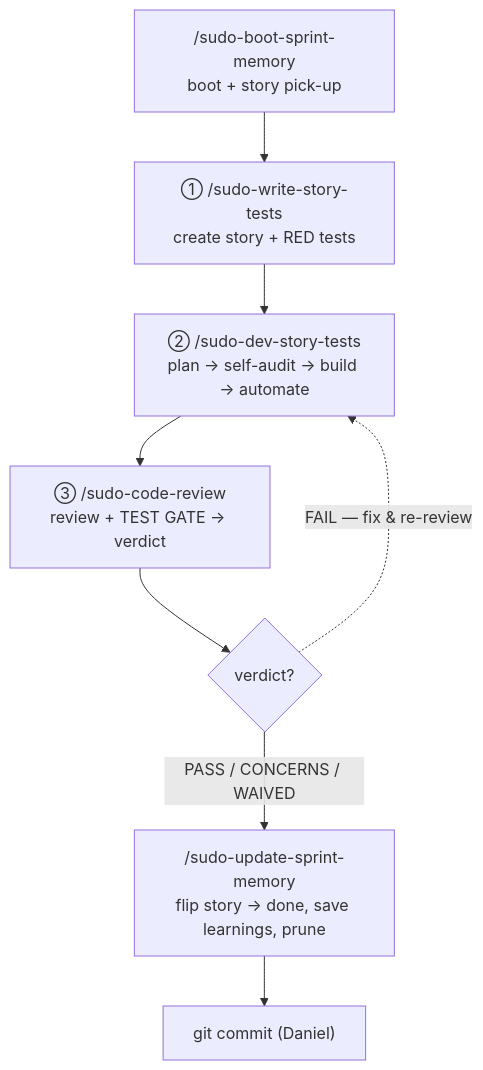
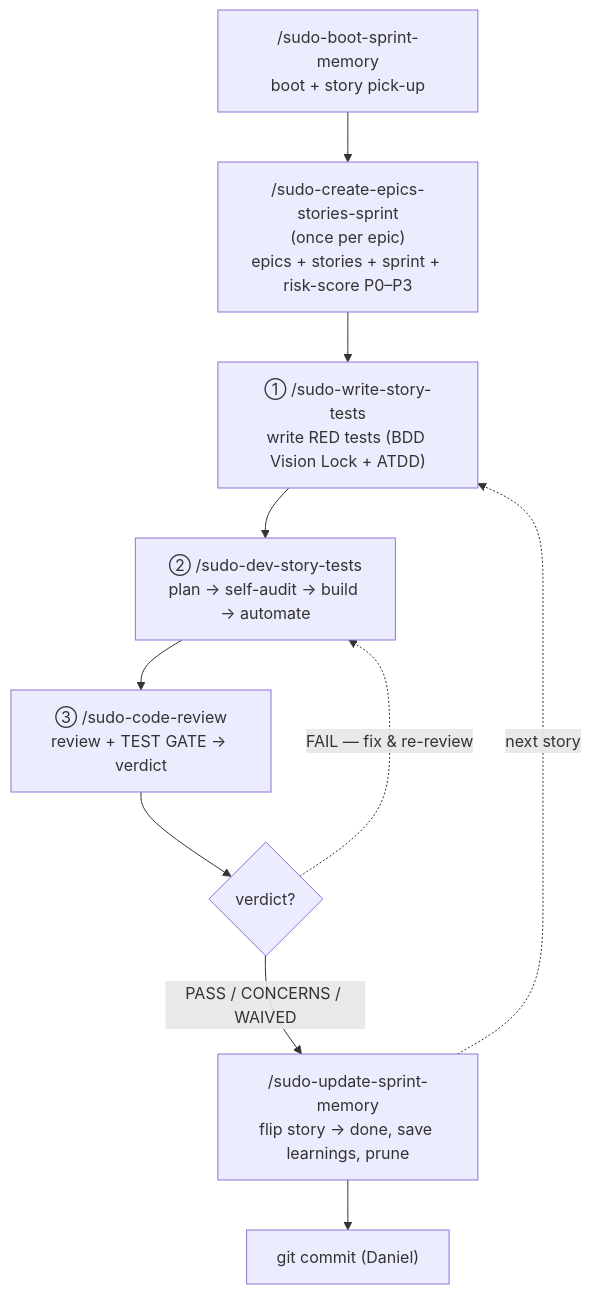
One commit to sudomadhatter/Sudo_Hatter_Command changed the second of 3 diagrams in _my_resources/diagrams_guides/tea_testing/tea_testing_work_flows_sudo.md. Above: the diagram before and after it, drawn with Mermaid. The commit also changed other lines of this file and 19 other files, not shown here.

Commit message:
feat: initialize Epic 16 incident response documentation and establish project-wide BDD/ATDD testing scaffolds

````diff
--- a/_my_resources/diagrams_guides/tea_testing/tea_testing_work_flows_sudo.md
+++ b/_my_resources/diagrams_guides/tea_testing/tea_testing_work_flows_sudo.md
@@ -402,10 +419,12 @@
 ```mermaid
 flowchart TD
-    BOOT["/sudo-boot-sprint-memory<br/>boot + story pick-up"] --> W["① /sudo-write-story-tests<br/>create story + RED tests"]
+    BOOT["/sudo-boot-sprint-memory<br/>boot + story pick-up"] --> KICK["/sudo-create-epics-stories-sprint<br/>(once per epic)<br/>epics + stories + sprint + risk-score P0–P3"]
+    KICK --> W["① /sudo-write-story-tests<br/>write RED tests (BDD Vision Lock + ATDD)"]
     W --> DEV["② /sudo-dev-story-tests<br/>plan → self-audit → build → automate"]
     DEV --> CR["③ /sudo-code-review<br/>review + TEST GATE → verdict"]
     CR --> GATE{"verdict?"}
     GATE -->|"PASS / CONCERNS / WAIVED"| UPD["/sudo-update-sprint-memory<br/>flip story → done, save learnings, prune"]
     GATE -.->|"FAIL — fix & re-review"| DEV
     UPD --> COMMIT["git commit (Daniel)"]
+    UPD -.->|"next story"| W
 ```
````
